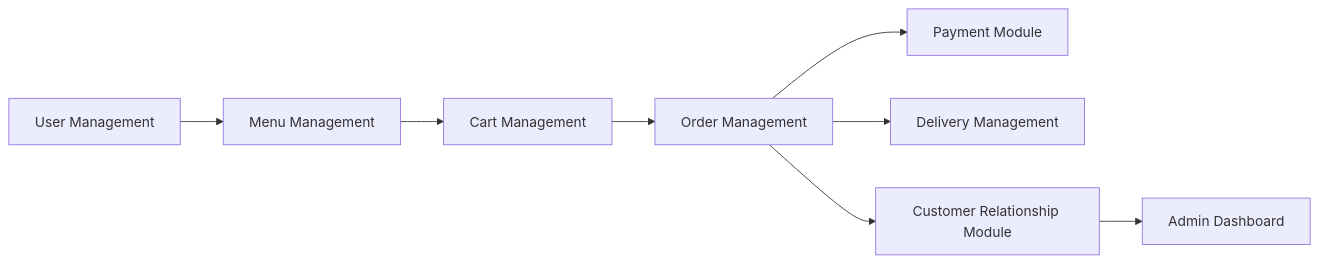
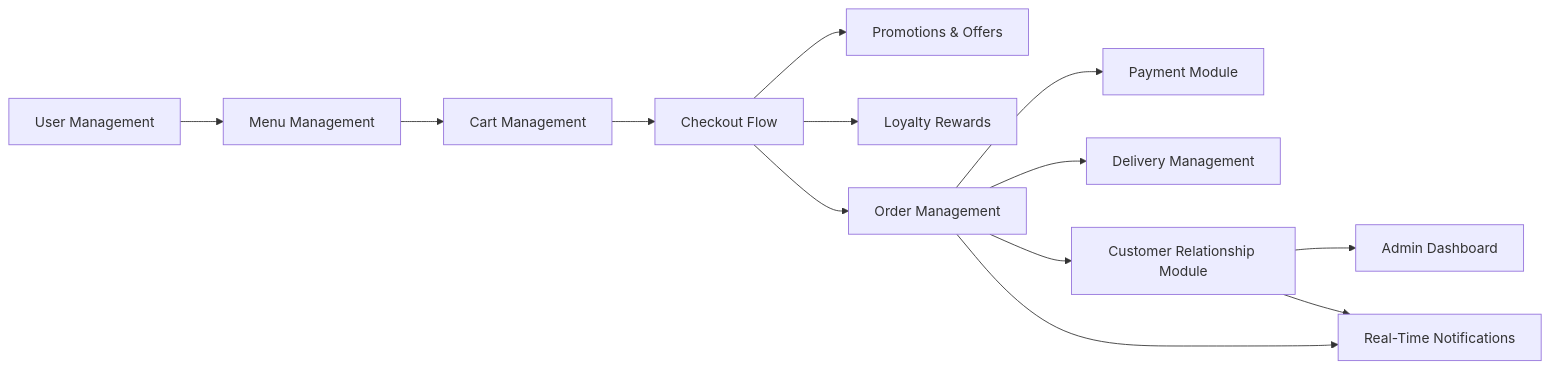
The seventh of 7 diagrams in docs/system_workflow.md (sahalz/restaurant-pwa), drawn with Mermaid before and after one commit. The commit also changed other lines of this file and 42 other files, not shown here.

````diff
--- a/docs/system_workflow.md
+++ b/docs/system_workflow.md
@@ -84,10 +129,15 @@
 ```mermaid
 graph LR
     User[User Management] --> Menu[Menu Management]
     Menu --> Cart[Cart Management]
-    Cart --> Order[Order Management]
+    Cart --> Checkout[Checkout Flow]
+    Checkout --> Offers[Promotions & Offers]
+    Checkout --> Loyalty[Loyalty Rewards]
+    Checkout --> Order[Order Management]
     Order --> Payment[Payment Module]
     Order --> Delivery[Delivery Management]
     Order --> CRM[Customer Relationship Module]
     CRM --> Admin[Admin Dashboard]
+    Order --> Notifications[Real-Time Notifications]
+    CRM --> Notifications
 ```
````
